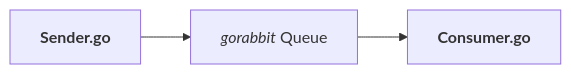
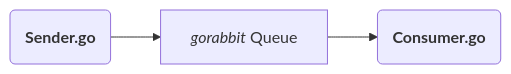
One commit to TNAucoin/gorabbit changed the diagram in README.md. Above: the diagram before and after it, drawn with Mermaid.

Commit message:
Update sender-consumer diagram in README.md
Enhanced readability of task distribution process in README.md by updating the mermaid diagram to better display the relationships between Sender.go, _gorabbit_ Queue, and Consumer.go.

````diff
--- a/README.md
+++ b/README.md
@@ -11,7 +11,8 @@
 ```mermaid
+%%{init: {"flowchart": {"htmlLabels": false}} }%%
 graph LR;
-    producer["`**Sender.go**`"]
+    producer("`**Sender.go**`")
     queue["`_gorabbit_ Queue`"]
-    consumer["`**Consumer.go**`"]
+    consumer("`**Consumer.go**`")
     producer --> queue --> consumer
 ```
````
